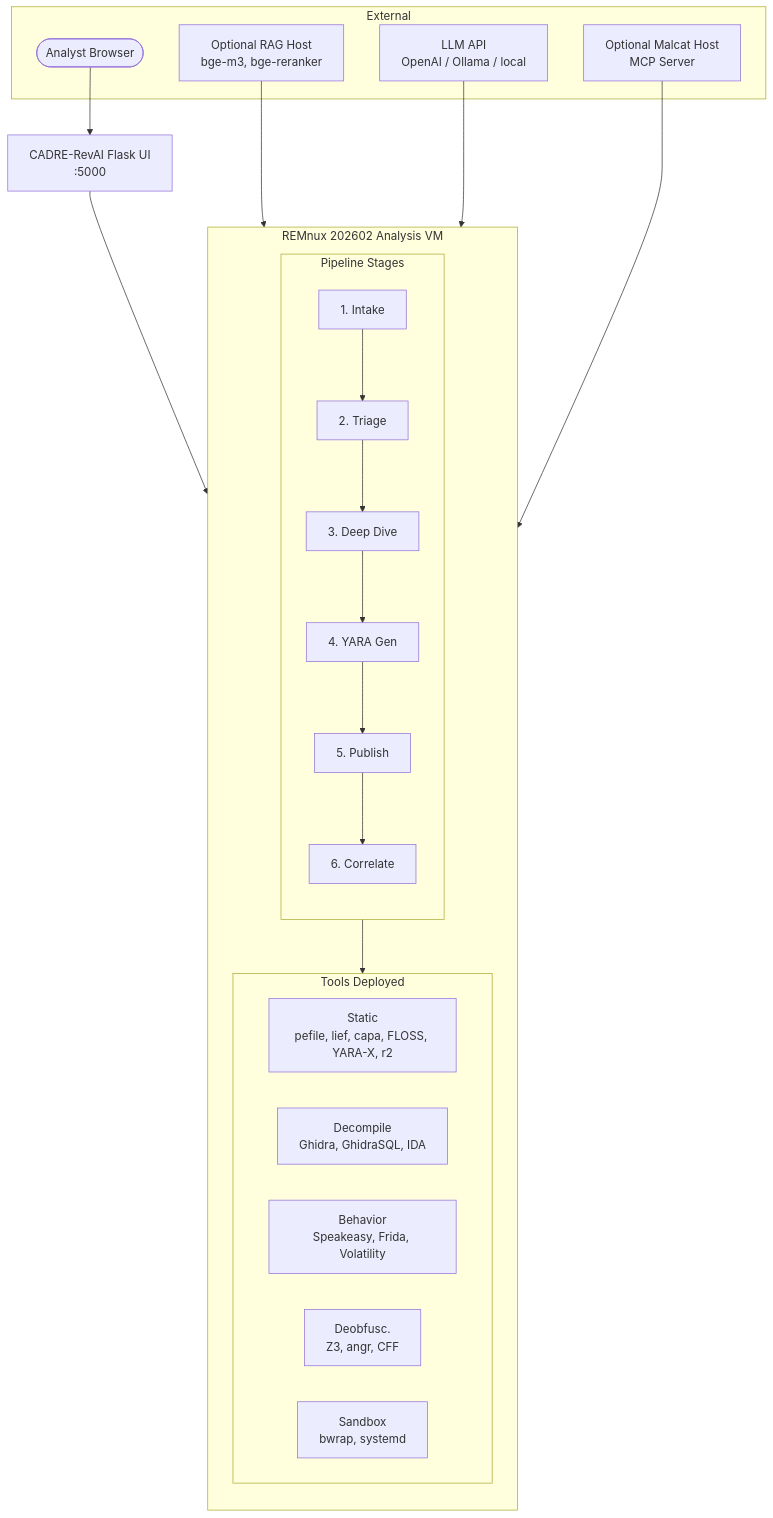
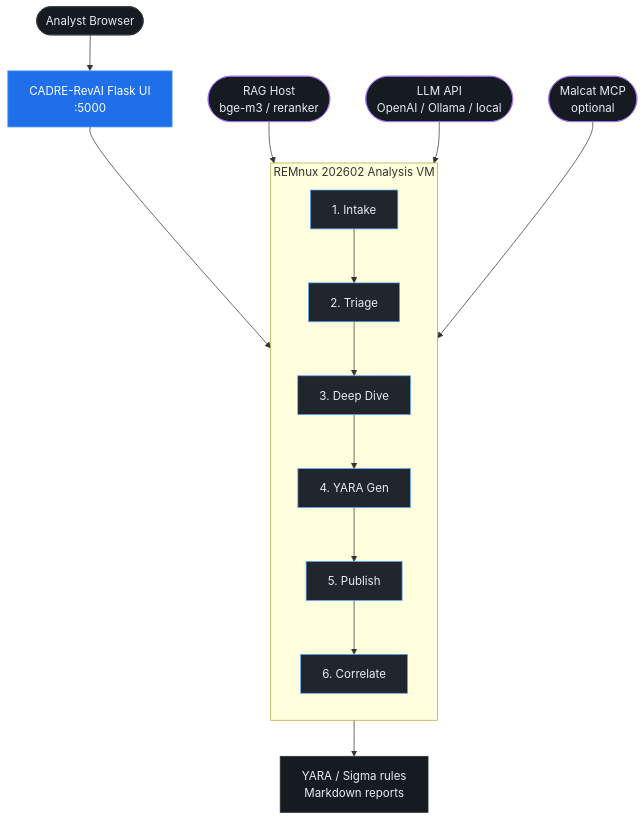
Before and after one commit to Ganron007/RevAI: the diagram in README.md, drawn with Mermaid. The commit also changed other lines of this file, not shown here.

Commit message:
docs(README): simplify Mermaid architecture diagram and enlarge UI screenshot

````diff
--- a/README.md
+++ b/README.md
@@ -50,36 +50,22 @@
 ```mermaid
 flowchart TB
-    subgraph External
-        Analyst([Analyst Browser])
-        RAG[Optional RAG Host<br/>bge-m3, bge-reranker]
-        LLM[LLM API<br/>OpenAI / Ollama / local]
-        Malcat[Optional Malcat Host<br/>MCP Server]
-    end
+    classDef default fill:#161b22,stroke:#30363d,color:#e6edf3
+    classDef ui fill:#1f6feb,stroke:#58a6ff,color:#fff
+    classDef stage fill:#21262d,stroke:#58a6ff,color:#e6edf3
+    classDef external fill:#161b22,stroke:#a371f7,color:#e6edf3
 
-    Analyst --> UI[CADRE-RevAI Flask UI<br/>:5000]
+    Analyst([Analyst Browser]) --> UI[CADRE-RevAI Flask UI<br/>:5000]:::ui
 
     subgraph REMnux [REMnux 202602 Analysis VM]
         direction TB
-
-        subgraph Pipeline [Pipeline Stages]
-            direction TB
-            S1[1. Intake] --> S2[2. Triage] --> S3[3. Deep Dive] --> S4[4. YARA Gen] --> S5[5. Publish] --> S6[6. Correlate]
-        end
-
-        subgraph Tools [Tools Deployed]
-            direction LR
-            T1[Static<br/>pefile, lief, capa, FLOSS, YARA-X, r2]
-            T2[Decompile<br/>Ghidra, GhidraSQL, IDA]
-            T3[Behavior<br/>Speakeasy, Frida, Volatility]
-            T4[Deobfusc.<br/>Z3, angr, CFF]
-            T5[Sandbox<br/>bwrap, systemd]
-        end
-
-        Pipeline --> Tools
+        S1[1. Intake]:::stage --> S2[2. Triage]:::stage --> S3[3. Deep Dive]:::stage --> S4[4. YARA Gen]:::stage --> S5[5. Publish]:::stage --> S6[6. Correlate]:::stage
     end
 
     UI --> REMnux
-    RAG --> REMnux
-    LLM --> REMnux
-    Malcat --> REMnux
+
+    RAG([RAG Host<br/>bge-m3 / reranker]):::external --> REMnux
+    LLM([LLM API<br/>OpenAI / Ollama / local]):::external --> REMnux
+    Malcat([Malcat MCP<br/>optional]):::external --> REMnux
+
+    REMnux --> Output[YARA / Sigma rules<br/>Markdown reports]
 ```
````
